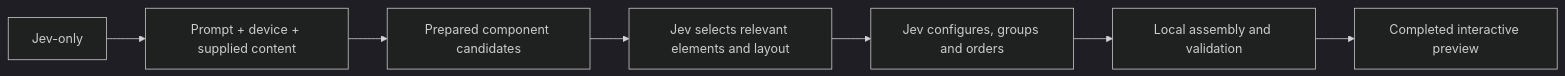
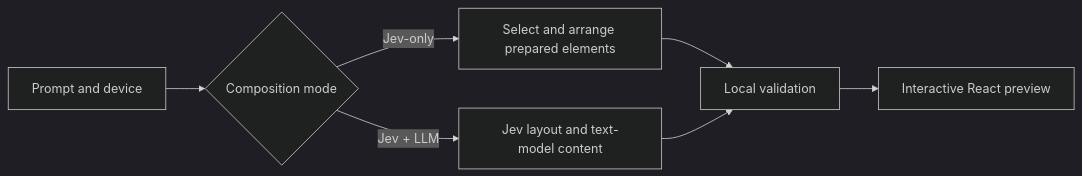
The diagram in README.md (hckmstrrahul/jeverative-ui), drawn with Mermaid (dark theme) before and after one commit. The commit also changed other lines of this file, not shown here.

Commit message:
docs: add local setup and clarify composition modes (#1)

````diff
--- a/README.md
+++ b/README.md
@@ -11,8 +38,9 @@
 ```mermaid
 flowchart LR
-  M[Jev-only] --> A[Prompt + device + supplied content] --> B[Prepared component candidates]
-  B --> C[Jev selects relevant elements and layout]
-  C --> D[Jev configures, groups and orders]
-  D --> E[Local assembly and validation]
-  E --> F[Completed interactive preview]
+  Prompt[Prompt and device] --> Mode{Composition mode}
+  Mode -->|Jev-only| Prepared[Select and arrange prepared elements]
+  Mode -->|Jev + LLM| Content[Jev layout and text-model content]
+  Prepared --> Validate[Local validation]
+  Content --> Validate
+  Validate --> Preview[Interactive React preview]
 ```
````
